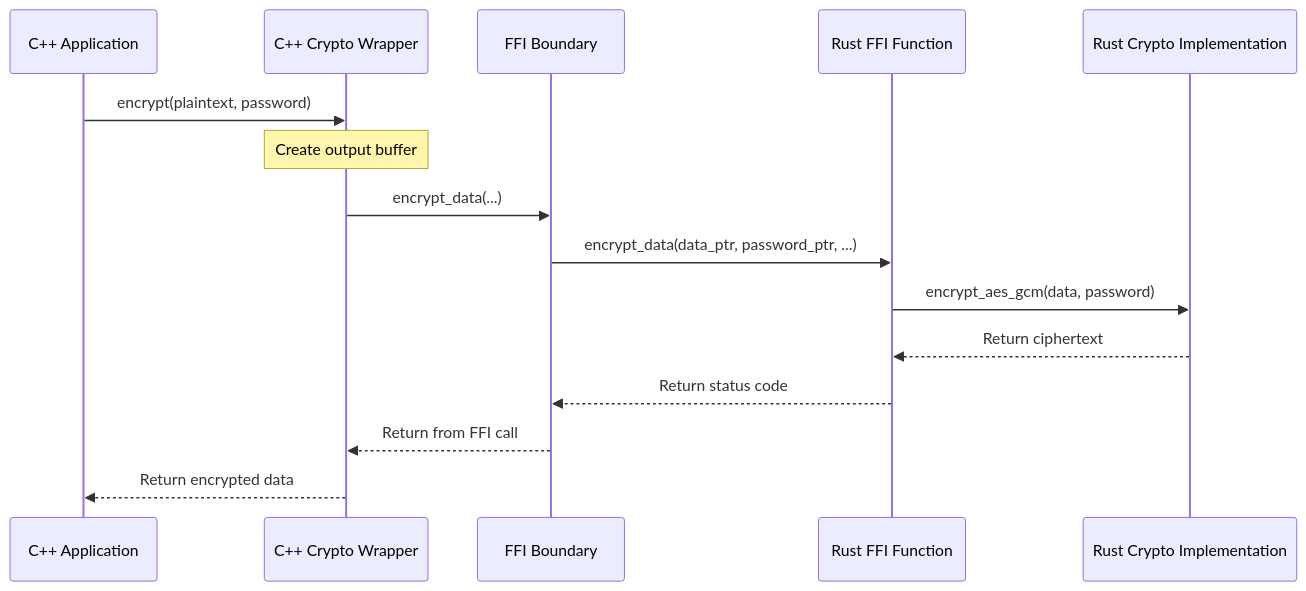
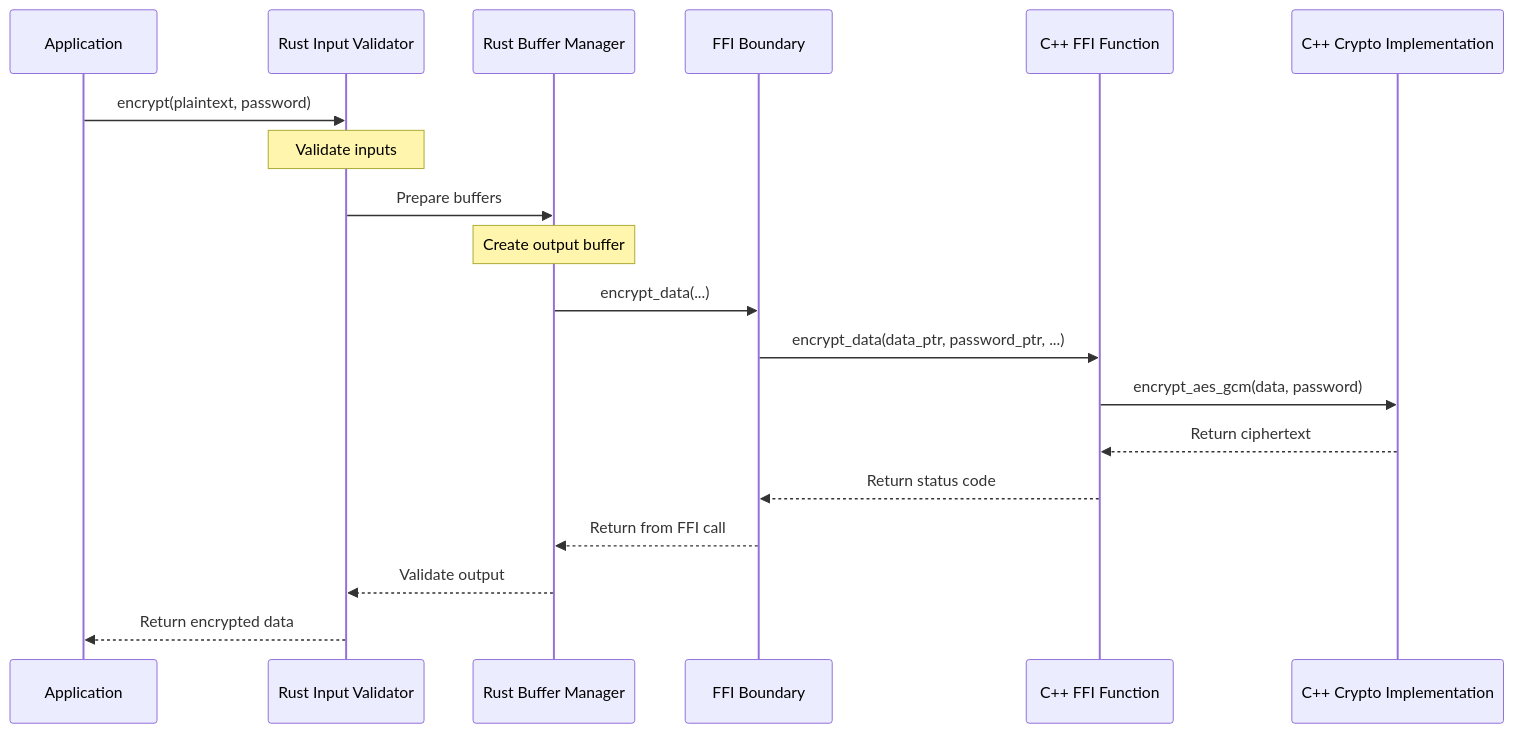
Before and after one commit to shahern004/CRUSTy-Core: the second of 2 diagrams in Documentation/RustCppIntegration_Consolidated.md, drawn with Mermaid. The commit also changed other lines of this file and 171 other files, not shown here.

Commit message:
Update RustCppIntegration_Consolidated.md to align with hybrid architecture vision

````diff
--- a/Documentation/RustCppIntegration_Consolidated.md
+++ b/Documentation/RustCppIntegration_Consolidated.md
@@ -90,18 +92,22 @@
 ```mermaid
 sequenceDiagram
-    participant App as C++ Application
-    participant Wrapper as C++ Crypto Wrapper
+    participant App as Application
+    participant RustVal as Rust Input Validator
+    participant RustBuf as Rust Buffer Manager
     participant FFI as FFI Boundary
-    participant Rust as Rust FFI Function
-    participant Crypto as Rust Crypto Implementation
+    participant CppFunc as C++ FFI Function
+    participant Crypto as C++ Crypto Implementation
 
-    App->>Wrapper: encrypt(plaintext, password)
-    Note over Wrapper: Create output buffer
-    Wrapper->>FFI: encrypt_data(...)
-    FFI->>Rust: encrypt_data(data_ptr, password_ptr, ...)
-    Rust->>Crypto: encrypt_aes_gcm(data, password)
-    Crypto-->>Rust: Return ciphertext
-    Rust-->>FFI: Return status code
-    FFI-->>Wrapper: Return from FFI call
-    Wrapper-->>App: Return encrypted data
+    App->>RustVal: encrypt(plaintext, password)
+    Note over RustVal: Validate inputs
+    RustVal->>RustBuf: Prepare buffers
+    Note over RustBuf: Create output buffer
+    RustBuf->>FFI: encrypt_data(...)
+    FFI->>CppFunc: encrypt_data(data_ptr, password_ptr, ...)
+    CppFunc->>Crypto: encrypt_aes_gcm(data, password)
+    Crypto-->>CppFunc: Return ciphertext
+    CppFunc-->>FFI: Return status code
+    FFI-->>RustBuf: Return from FFI call
+    RustBuf-->>RustVal: Validate output
+    RustVal-->>App: Return encrypted data
 ```
````
